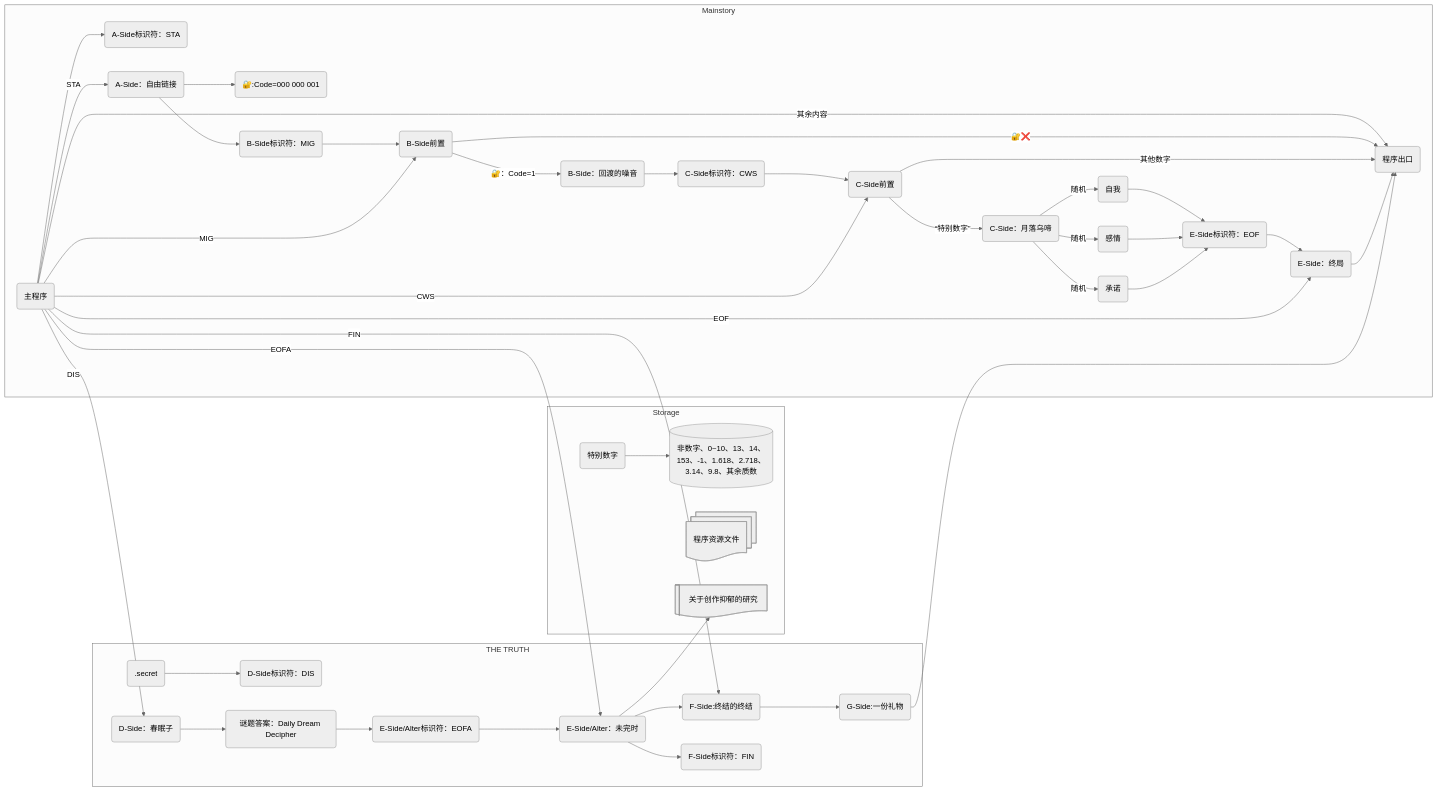
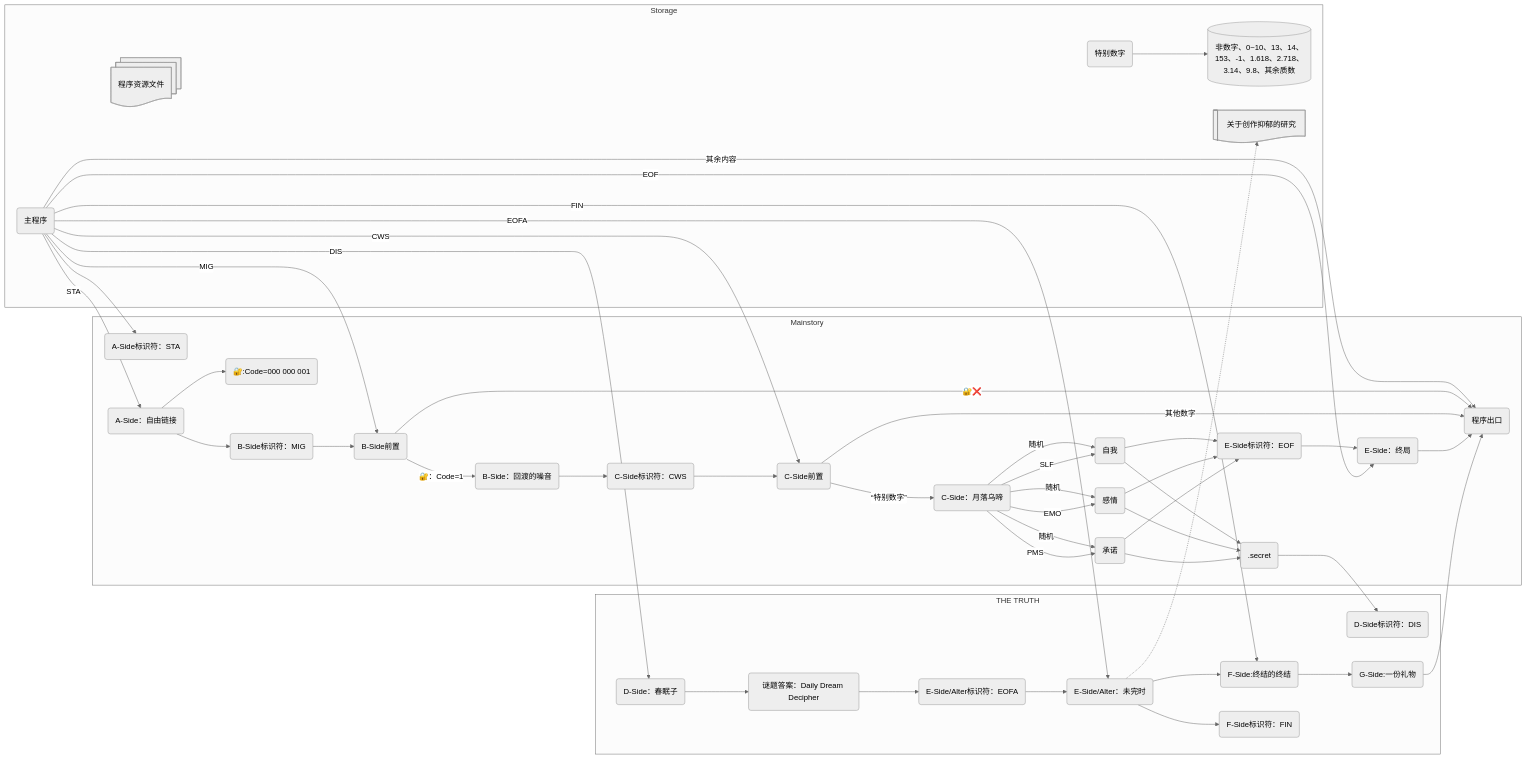
Before and after one commit to AkutaZehy/sateri-demo: the diagram in docs/the-true-ending.md, drawn with Mermaid (neutral theme). The commit also changed other lines of this file and 9 other files, not shown here.

````diff
--- a/docs/the-true-ending.md
+++ b/docs/the-true-ending.md
@@ -9,57 +7,62 @@
 ```mermaid
 flowchart LR
     S(主程序)
     EX(程序出口)
 
     subgraph Storage
+    S ~~~ AST
     SNM(特别数字)-->SN[(非数字、0~10、13、14、153、-1、1.618、2.718、3.14、9.8、其余质数)]
     AST@{ shape: docs, label: "程序资源文件" }
     EF@{ shape: lin-doc, label: "关于创作抑郁的研究" }
     end
 
     subgraph Mainstory
     S--其余内容-->EX
 
     S-->AP(A-Side标识符：STA)
     S--STA-->A(A-Side：自由链接)
 
     A-->BC(🔐:Code=000 000 001)
     A-->BP(B-Side标识符：MIG)
     BP-->BL(B-Side前置)
     S--MIG-->BL
     BL--🔐：Code=1-->B(B-Side：回渡的噪音)
     BL--🔐❌-->EX
 
     B-->CP(C-Side标识符：CWS)
     CP-->CL(C-Side前置)
     S--CWS-->CL
     CL--“特别数字”-->C(C-Side：月落乌啼)
     CL--其他数字-->EX
     
     C--随机-->C1(自我) & C2(感情) & C3(承诺)
+    
+    C--SLF-->C1
+    C--EMO-->C2
+    C--PMS-->C3
 
-    C1 & C2 & C3 --> EP(E-Side标识符：EOF)
+    C1 & C2 & C3 --> EP(E-Side标识符：EOF) & DS
     EP-->E(E-Side：终局)
     S--EOF-->E
 
     E-->EX
 
     end
 
     subgraph THE TRUTH
     S~~~DS(.secret)
     DS-->DP(D-Side标识符：DIS)
     S--DIS-->D(D-Side：春眠子)
     D-->DPA(谜题答案：Daily Dream Decipher)
 
     DPA-->EAP(E-Side/Alter标识符：EOFA)
     EAP-->EA
     S--EOFA-->EA(E-Side/Alter：未完时)
-    EA-->EF
+    EA-.->EF
     
     EA-->F(F-Side:终结的终结)
     EA-->FP(F-Side标识符：FIN)
     S--FIN-->F
     F-->G(G-Side:一份礼物)-->EX
     end
 ```
````
